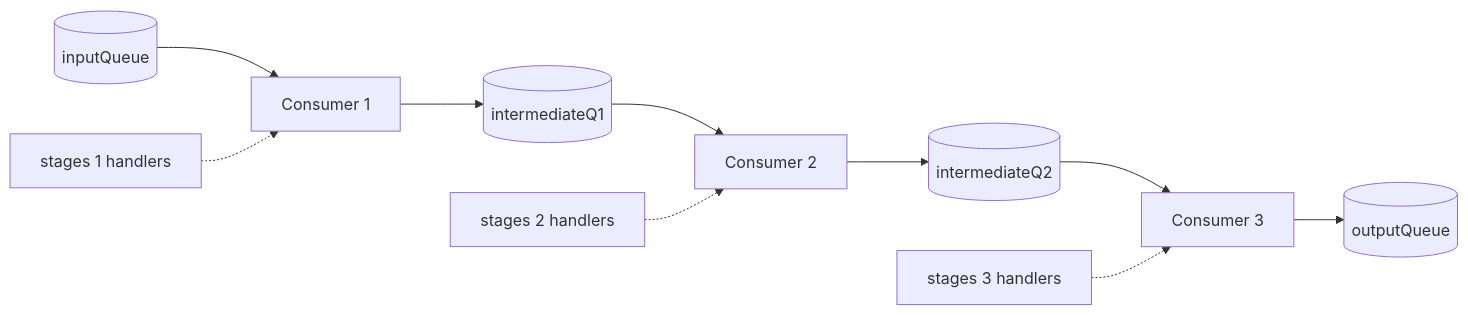
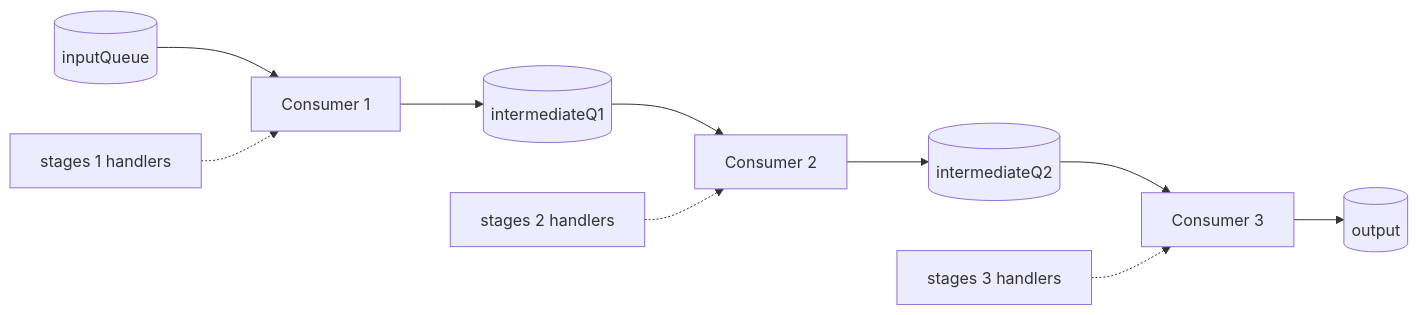
One commit to rektide/pipe-line-lua changed the third of 3 diagrams in doc/consumer.md. Above: the diagram before and after it, drawn with Mermaid. The commit also changed other lines of this file and 4 other files, not shown here.

````diff
--- a/doc/consumer.md
+++ b/doc/consumer.md
@@ -251,13 +251,13 @@
 ```mermaid
 flowchart LR
     input_q[(inputQueue)] --> consumer_1[Consumer 1]
     consumer_1 --> intermediate_q1[(intermediateQ1)]
     intermediate_q1 --> consumer_2[Consumer 2]
     consumer_2 --> intermediate_q2[(intermediateQ2)]
     intermediate_q2 --> consumer_3[Consumer 3]
-    consumer_3 --> output_q[(outputQueue)]
+    consumer_3 --> output_q[(output)]
     
     stages_1[stages 1 handlers] -.-> consumer_1
     stages_2[stages 2 handlers] -.-> consumer_2
     stages_3[stages 3 handlers] -.-> consumer_3
 ```
````
